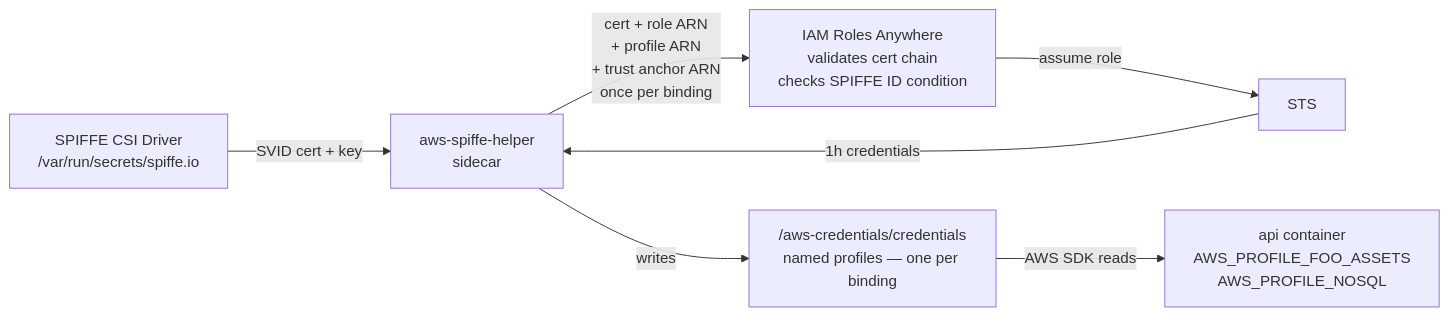
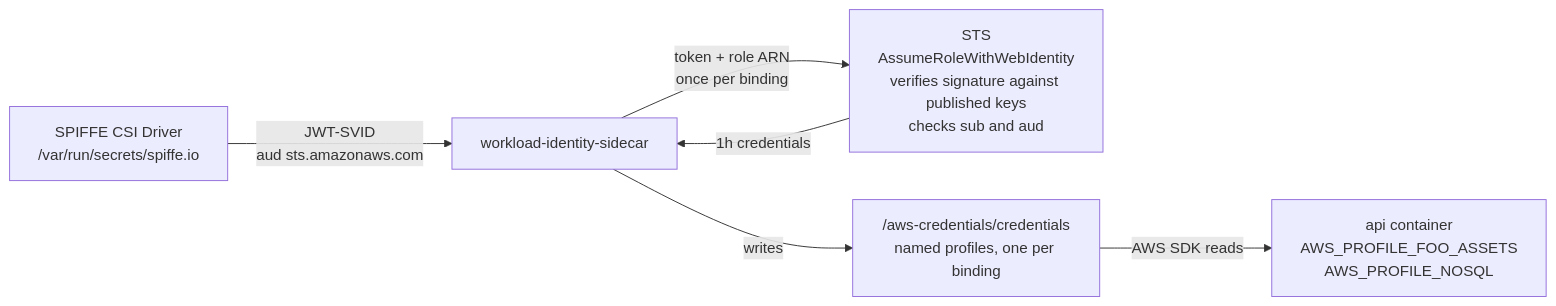
The second of 2 diagrams in docs/platform-workload-identity.md (cujarrett/homelab), drawn with Mermaid before and after one commit. The commit also changed other lines of this file and 17 other files, not shown here.

Commit message:
chore: rename aws-spiffe-helper sidecar to workload-identity-sidecar

````diff
--- a/docs/platform-workload-identity.md
+++ b/docs/platform-workload-identity.md
@@ -148,17 +122,15 @@
 ```mermaid
 %%{init: {'flowchart': {'nodeSpacing': 50, 'rankSpacing': 60}}}%%
 flowchart LR
     csi["SPIFFE CSI Driver\n/var/run/secrets/spiffe.io"]
-    sidecar["aws-spiffe-helper\nsidecar"]
-    ra["IAM Roles Anywhere\nvalidates cert chain\nchecks SPIFFE ID condition"]
-    sts["STS"]
-    creds["/aws-credentials/credentials\nnamed profiles — one per binding"]
+    sidecar["workload-identity-sidecar"]
+    sts["STS\nAssumeRoleWithWebIdentity\nverifies signature against published keys\nchecks sub and aud"]
+    creds["/aws-credentials/credentials\nnamed profiles, one per binding"]
     app["api container\nAWS_PROFILE_FOO_ASSETS\nAWS_PROFILE_NOSQL"]
 
-    csi -->|"SVID cert + key"| sidecar
-    sidecar -->|"cert + role ARN\n+ profile ARN\n+ trust anchor ARN\nonce per binding"| ra
-    ra -->|"assume role"| sts
+    csi -->|"JWT-SVID\naud sts.amazonaws.com"| sidecar
+    sidecar -->|"token + role ARN\nonce per binding"| sts
     sts -->|"1h credentials"| sidecar
     sidecar -->|"writes"| creds
     creds -->|"AWS SDK reads"| app
 ```
````
